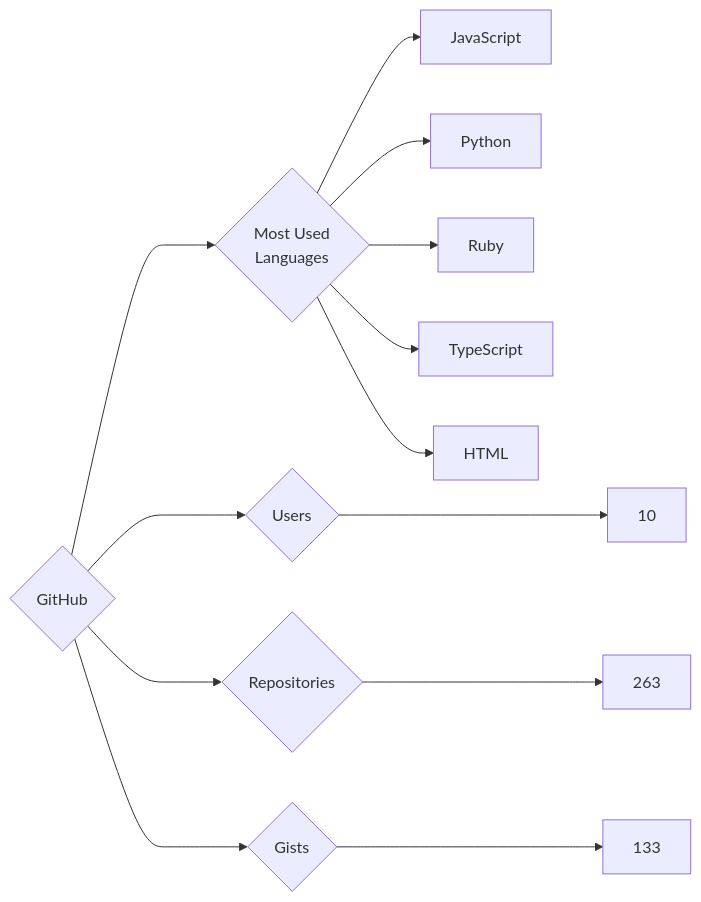
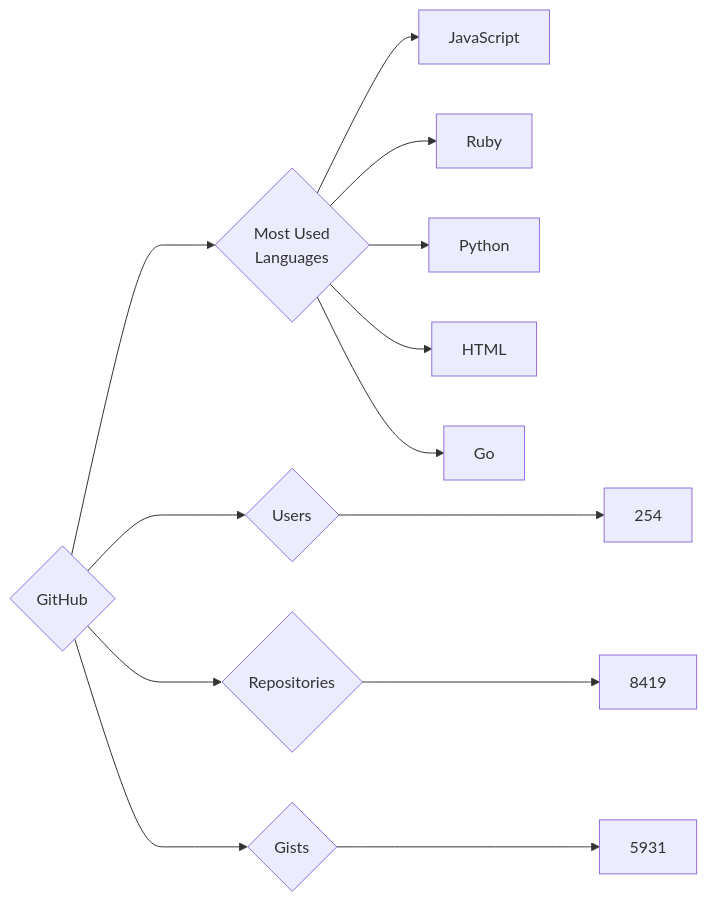
Before and after one commit to trickest/insiders: the diagram in targets/GitHub/README.md, drawn with Mermaid. The commit also changed 826 other files, not shown here.

````diff
--- a/targets/GitHub/README.md
+++ b/targets/GitHub/README.md
@@ -3,13 +3,13 @@
 ```mermaid
 graph LR
 COMPANY_NAME{GitHub}
-COMPANY_NAME ---> U{Users} ---> UN[10]
-COMPANY_NAME ---> R{Repositories} ---> RN[263]
-COMPANY_NAME ---> G{Gists} ---> GN[133]
+COMPANY_NAME ---> U{Users} ---> UN[254]
+COMPANY_NAME ---> R{Repositories} ---> RN[8419]
+COMPANY_NAME ---> G{Gists} ---> GN[5931]
 COMPANY_NAME ---> ML{Most Used<br>Languages}
 ML --> JavaScript[JavaScript]
+ML --> Ruby[Ruby]
 ML --> Python[Python]
-ML --> Ruby[Ruby]
-ML --> TypeScript[TypeScript]
 ML --> HTML[HTML]
+ML --> Go[Go]
 ```
````
